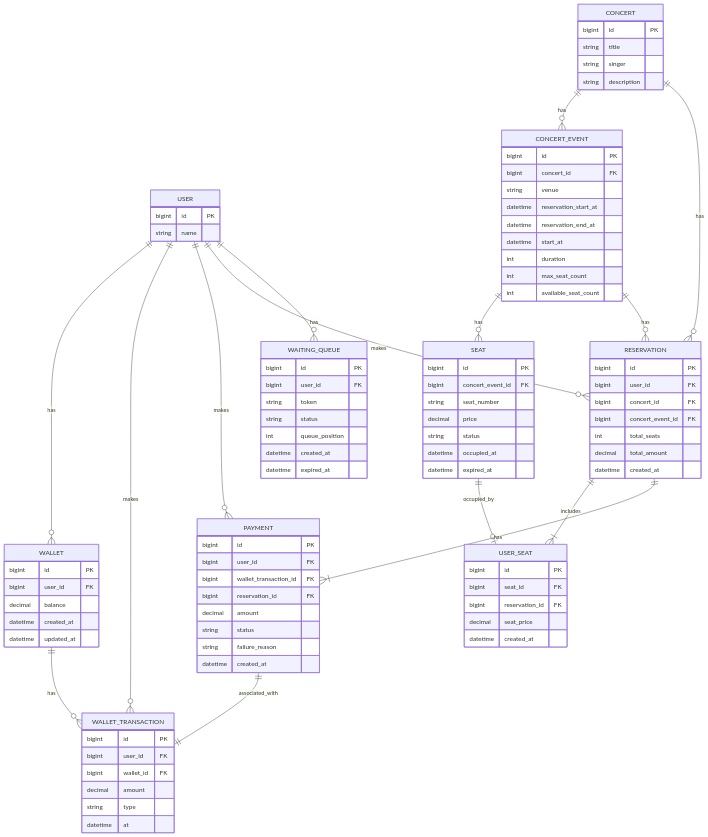
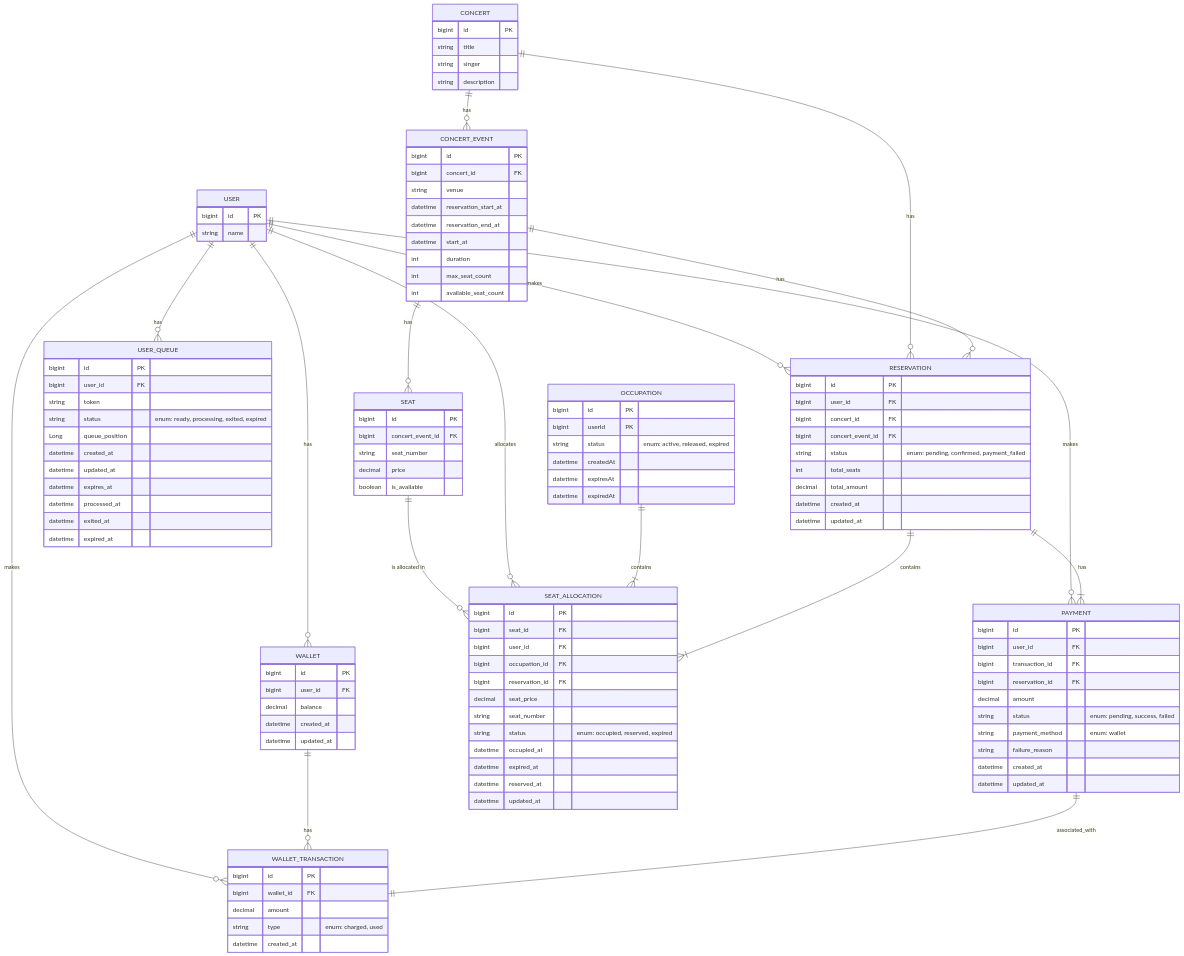
The diagram in docs/erd.md (yuiyeong/ticketing-service), drawn with Mermaid before and after one commit. The commit also changed other lines of this file and 4 other files, not shown here.

````diff
--- a/docs/erd.md
+++ b/docs/erd.md
@@ -6,20 +6,24 @@
     USER ||--o{ WALLET_TRANSACTION: makes
     USER ||--o{ PAYMENT: makes
     USER ||--o{ RESERVATION: makes
-    USER ||--o{ WAITING_QUEUE: has
+    USER ||--o{ USER_QUEUE: has
     WALLET ||--o{ WALLET_TRANSACTION: has
     CONCERT ||--o{ CONCERT_EVENT: has
     CONCERT_EVENT ||--o{ SEAT: has
-    SEAT ||--o| USER_SEAT: occupied_by
-    RESERVATION ||--|{ USER_SEAT: includes
+    SEAT ||--o{ SEAT_ALLOCATION : "is allocated in"
+    USER ||--o{ SEAT_ALLOCATION : "allocates"
+    OCCUPATION ||--|{ SEAT_ALLOCATION : contains
+    RESERVATION ||--|{ SEAT_ALLOCATION : contains
     RESERVATION ||--|{ PAYMENT: has
     PAYMENT ||--|| WALLET_TRANSACTION: associated_with
     CONCERT ||--o{ RESERVATION: has
     CONCERT_EVENT ||--o{ RESERVATION: has
+    
     USER {
         bigint id PK
         string name
     }
+    
     WALLET {
         bigint id PK
         bigint user_id FK
@@ -27,30 +31,35 @@
         datetime created_at
         datetime updated_at
     }
+    
     WALLET_TRANSACTION {
         bigint id PK
-        bigint user_id FK
         bigint wallet_id FK
         decimal amount
-        string type
-        datetime at
+        string type "enum: charged, used"
+        datetime created_at
     }
+    
     PAYMENT {
         bigint id PK
         bigint user_id FK
-        bigint wallet_transaction_id FK
+        bigint transaction_id FK
         bigint reservation_id FK
         decimal amount
-        string status
+        string status "enum: pending, success, failed"
+        string payment_method "enum: wallet"
         string failure_reason
         datetime created_at
+        datetime updated_at
     }
+    
     CONCERT {
         bigint id PK
         string title
         string singer
         string description
     }
+    
     CONCERT_EVENT {
         bigint id PK
         bigint concert_id FK
@@ -62,38 +71,62 @@
         int max_seat_count
         int available_seat_count
     }
+    
     SEAT {
         bigint id PK
         bigint concert_event_id FK
         string seat_number
         decimal price
-        string status
+        boolean is_available
+    }
+
+    SEAT_ALLOCATION {
+        bigint id PK
+        bigint seat_id FK
+        bigint user_id FK
+        bigint occupation_id FK
+        bigint reservation_id FK
+        decimal seat_price
+        string seat_number
+        string status "enum: occupied, reserved, expired"
         datetime occupied_at
         datetime expired_at
+        datetime reserved_at
+        datetime updated_at
     }
-    USER_SEAT {
+
+    OCCUPATION {
         bigint id PK
-        bigint seat_id FK
-        bigint reservation_id FK
-        decimal seat_price
-        datetime created_at
+        bigint userId PK
+        string status "enum: active, released, expired"
+        datetime createdAt
+        datetime expiresAt
+        datetime expiredAt
     }
+
     RESERVATION {
         bigint id PK
         bigint user_id FK
         bigint concert_id FK
         bigint concert_event_id FK
+        string status "enum: pending, confirmed, payment_failed"
         int total_seats
         decimal total_amount
         datetime created_at
+        datetime updated_at
     }
-    WAITING_QUEUE {
+    
+    USER_QUEUE {
         bigint id PK
         bigint user_id FK
         string token
-        string status
-        int queue_position
+        string status "enum: ready, processing, exited, expired"
+        Long queue_position
         datetime created_at
+        datetime updated_at
+        datetime expires_at
+        datetime processed_at
+        datetime exited_at
         datetime expired_at
     }
 ```
````
